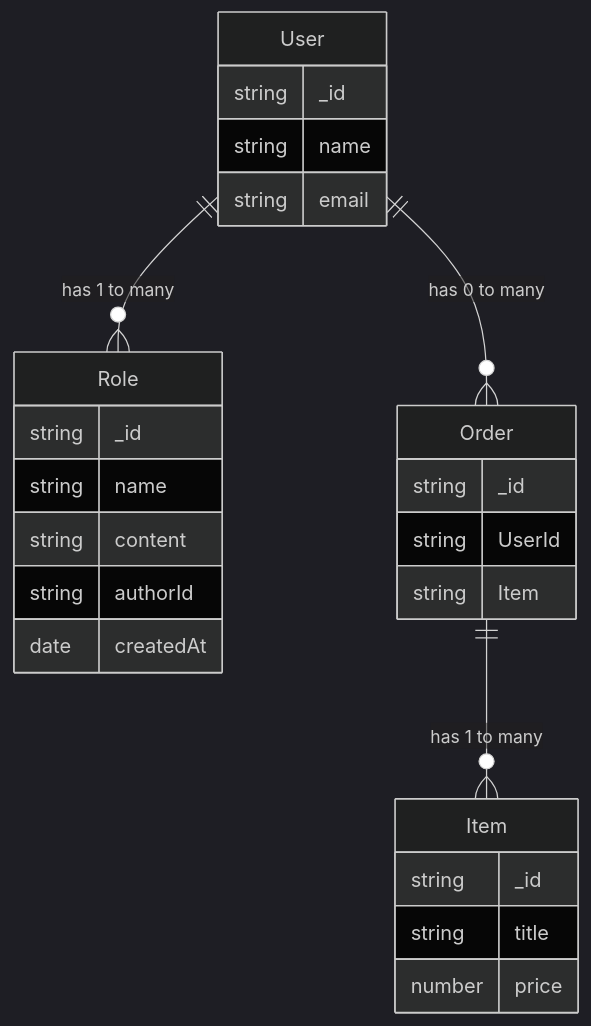
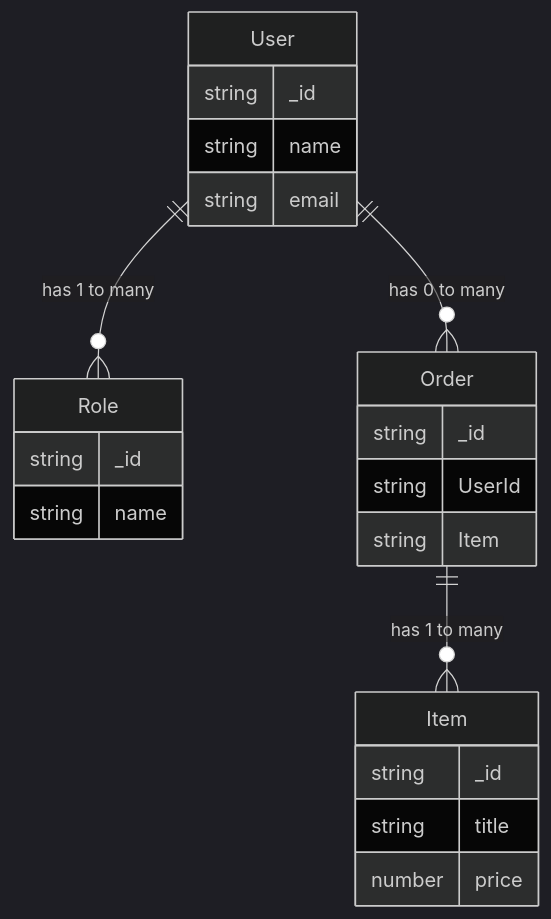
Before and after one commit to GSD8/UW330BPresentation: the diagram in erDiagram.mmd, drawn with Mermaid (dark theme). The commit also changed 5 other files, not shown here.

```diff
--- a/erDiagram.mmd
+++ b/erDiagram.mmd
@@ -1,26 +1,23 @@
 erDiagram
     User {
         string _id
         string name
         string email
     }
     Role {
         string _id
         string name
-        string content
-        string authorId
-        date createdAt
     }
     Order {
         string _id
         string UserId
         string Item
     }
     Item {
         string _id
         string title
         number price
     }
     User ||--o{ Role : "has 1 to many"
     User ||--o{ Order : "has 0 to many"
     Order ||--o{ Item : "has 1 to many"
```
